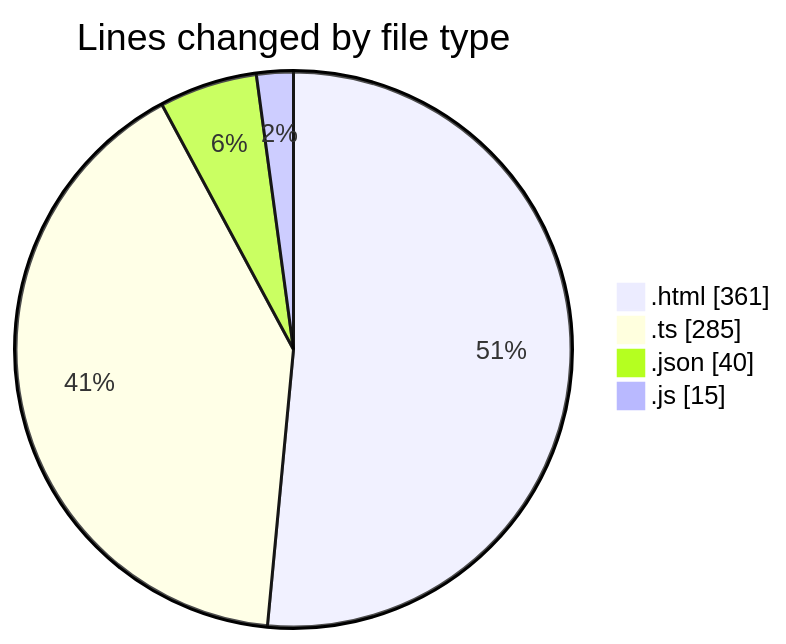
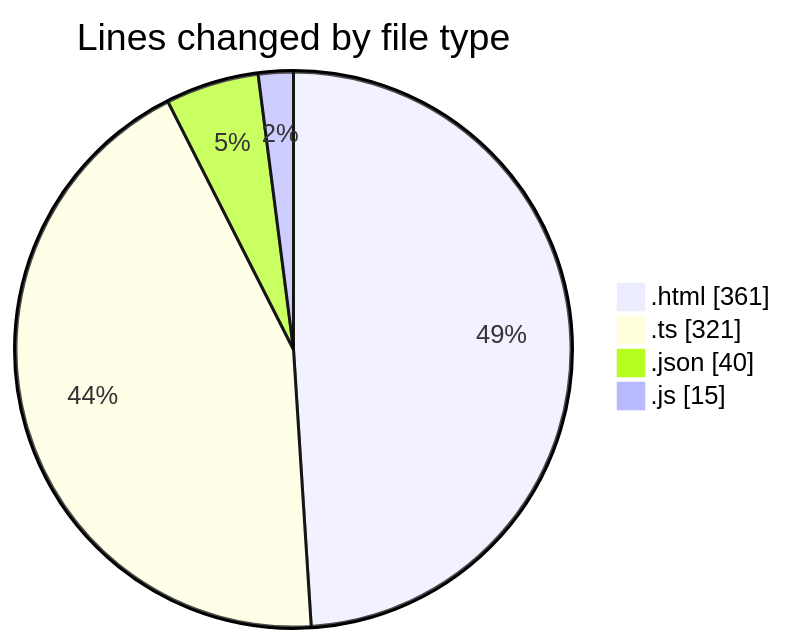
The first of 2 diagrams in 2025-05-15/news-clock-system-caspercg/README.md (momahboobian/code-tracking), drawn with Mermaid before and after one commit. The commit also changed other lines of this file and 1 other file, not shown here.

````diff
--- a/2025-05-15/news-clock-system-caspercg/README.md
+++ b/2025-05-15/news-clock-system-caspercg/README.md
@@ -28,8 +28,8 @@
 ```mermaid
 pie showData
 title Lines changed by file type
 ".html" : 361
-".ts" : 285
+".ts" : 321
 ".json" : 40
 ".js" : 15
 ```
````
